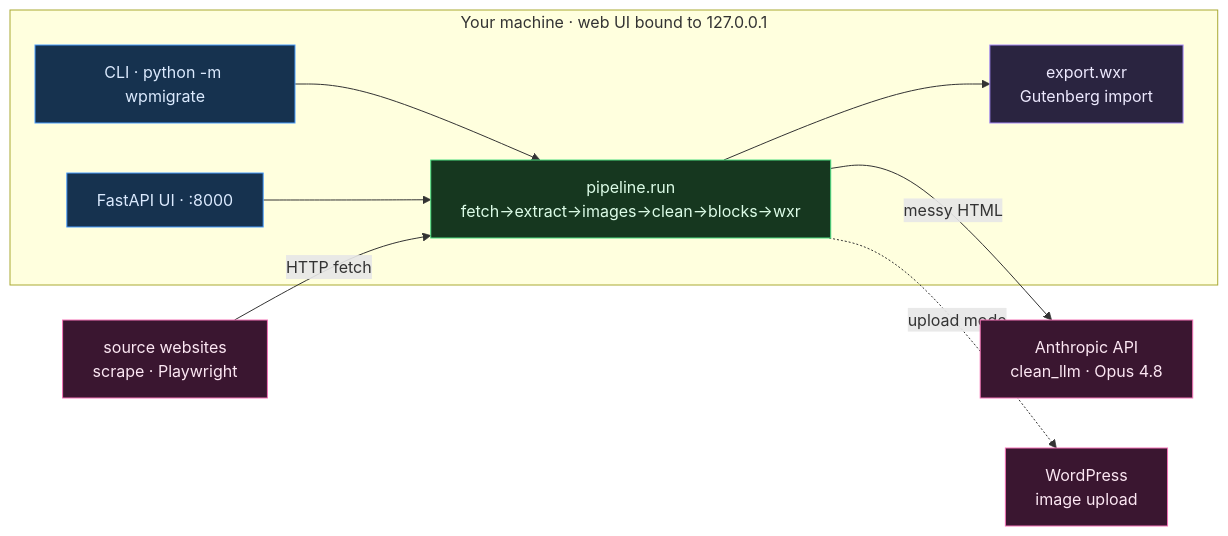
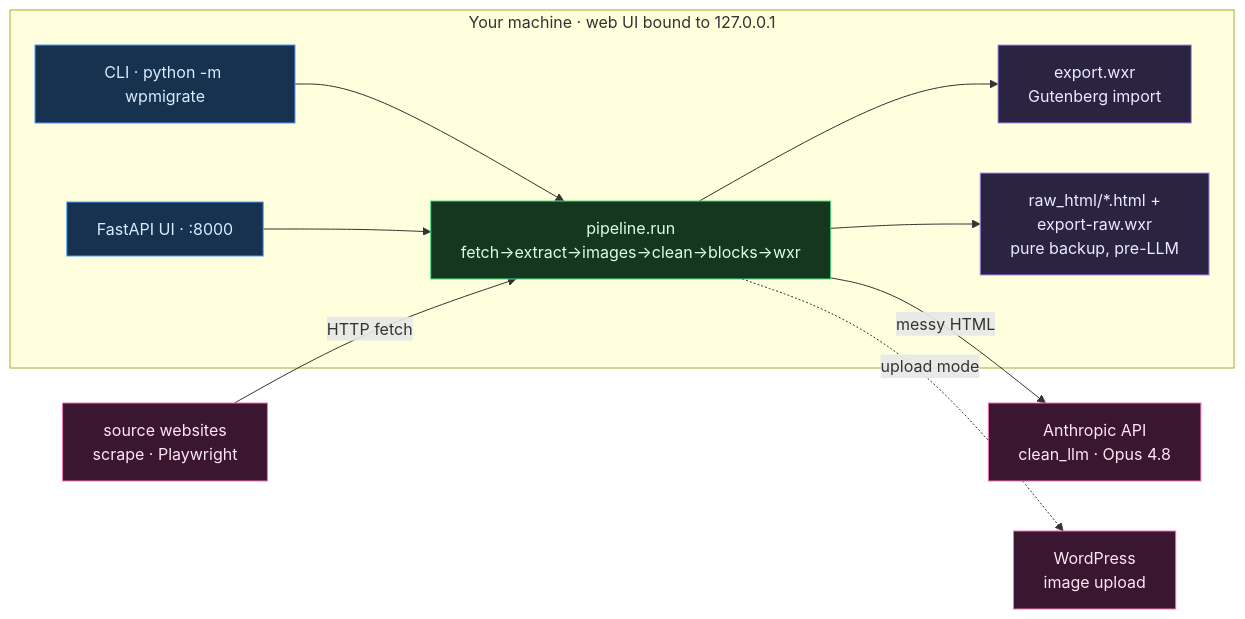
The diagram in vault/10-Architecture/Overview.md (irgendjemandkeinkorper/migrationbotto), drawn with Mermaid before and after one commit. The commit also changed other lines of this file and 14 other files, not shown here.

````diff
--- a/vault/10-Architecture/Overview.md
+++ b/vault/10-Architecture/Overview.md
@@ -12,24 +12,26 @@
 ```mermaid
 flowchart LR
   subgraph LOCAL["Your machine · web UI bound to 127.0.0.1"]
     E1["CLI · python -m wpmigrate"]:::client
     E2["FastAPI UI · :8000"]:::client
     PIPE["pipeline.run<br/>fetch→extract→images→clean→blocks→wxr"]:::server
     WXR["export.wxr<br/>Gutenberg import"]:::artifact
+    RAW["raw_html/*.html +<br/>export-raw.wxr<br/>pure backup, pre-LLM"]:::artifact
   end
   SRC["source websites<br/>scrape · Playwright"]:::external
   AN["Anthropic API<br/>clean_llm · Opus 4.8"]:::external
   WP["WordPress<br/>image upload"]:::external
   E1 --> PIPE
   E2 --> PIPE
   SRC -->|HTTP fetch| PIPE
   PIPE -->|messy HTML| AN
   PIPE -.->|upload mode| WP
   PIPE --> WXR
+  PIPE --> RAW
   classDef client fill:#16324f,stroke:#4a9eff,color:#dbeafe;
   classDef server fill:#16371f,stroke:#4ade80,color:#dcfce7;
   classDef data fill:#3a2f14,stroke:#fbbf24,color:#fef3c7;
   classDef external fill:#3a1630,stroke:#f472b6,color:#fce7f3;
   classDef artifact fill:#2a2440,stroke:#a78bfa,color:#ede9fe;
   classDef planned fill:#1a1f2b,stroke:#64748b,color:#94a3b8,stroke-dasharray:4 3;
 ```
````
